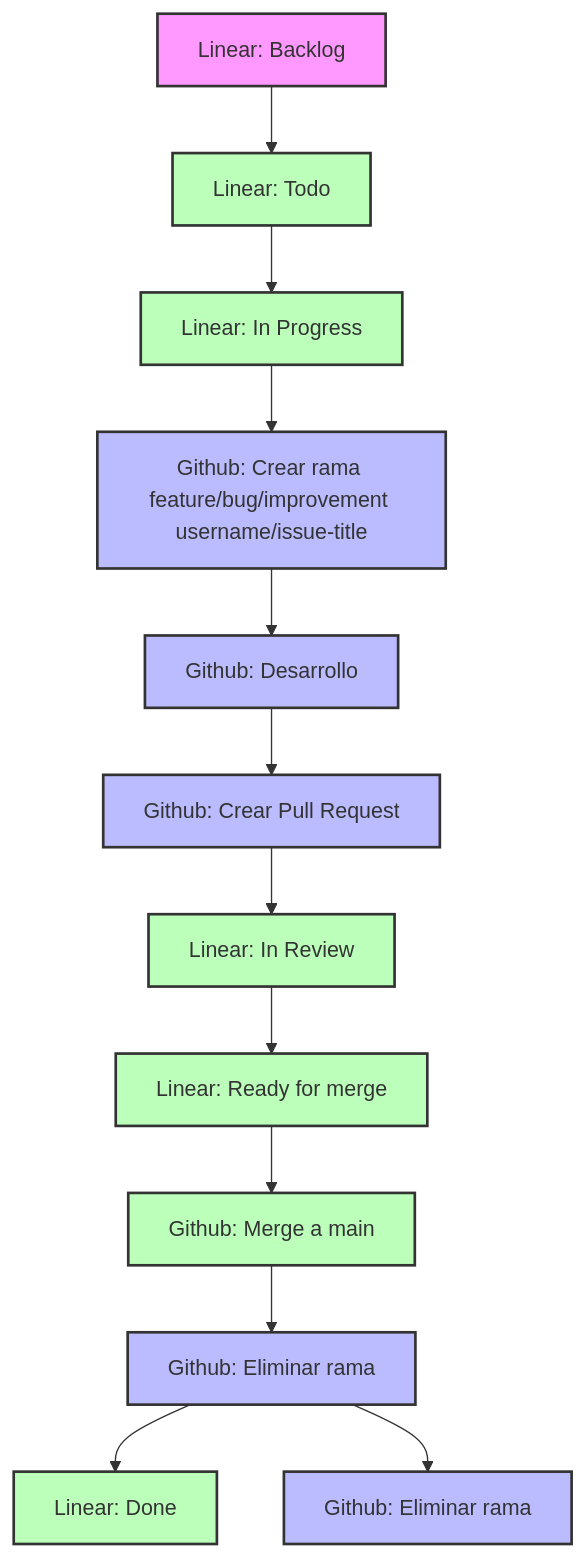
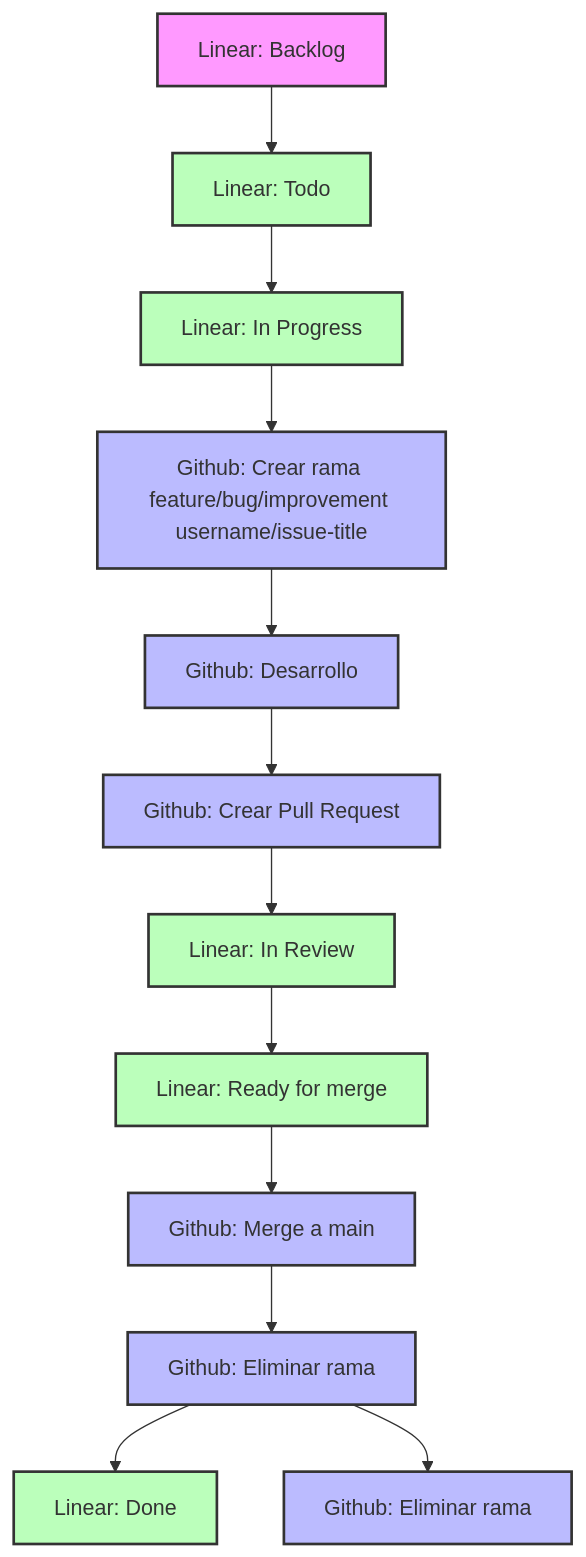
One commit to Hatt3rPi/fabrica_deCuentos changed the diagram in README.md. Above: the diagram before and after it, drawn with Mermaid. The commit also changed 1 other file, not shown here.

````diff
--- a/README.md
+++ b/README.md
@@ -152,27 +152,27 @@
 ```mermaid
 graph TD
     A[Linear: Backlog] --> B[Linear: Todo]
     B --> C[Linear: In Progress]
     C --> D[Github: Crear rama feature/bug/improvement username/issue-title]
     D --> E[Github: Desarrollo]
     E --> F[Github: Crear Pull Request]
     F --> G[Linear: In Review]
     G --> H[Linear: Ready for merge]
     H --> I[Github: Merge a main]
     I --> J[Github: Eliminar rama]
     J --> K[Linear: Done]
     J --> L[Github: Eliminar rama]
     
     style A fill:#f9f,stroke:#333,stroke-width:2px
     style B fill:#bfb,stroke:#333,stroke-width:2px
     style C fill:#bfb,stroke:#333,stroke-width:2px
     style D fill:#bbf,stroke:#333,stroke-width:2px
     style E fill:#bbf,stroke:#333,stroke-width:2px
     style F fill:#bbf,stroke:#333,stroke-width:2px
     style G fill:#bfb,stroke:#333,stroke-width:2px
     style H fill:#bfb,stroke:#333,stroke-width:2px
-    style I fill:#bfb,stroke:#333,stroke-width:2px
+    style I fill:#bbf,stroke:#333,stroke-width:2px
     style J fill:#bbf,stroke:#333,stroke-width:2px
     style K fill:#bfb,stroke:#333,stroke-width:2px
     style L fill:#bbf,stroke:#333,stroke-width:2px
 ```
````
